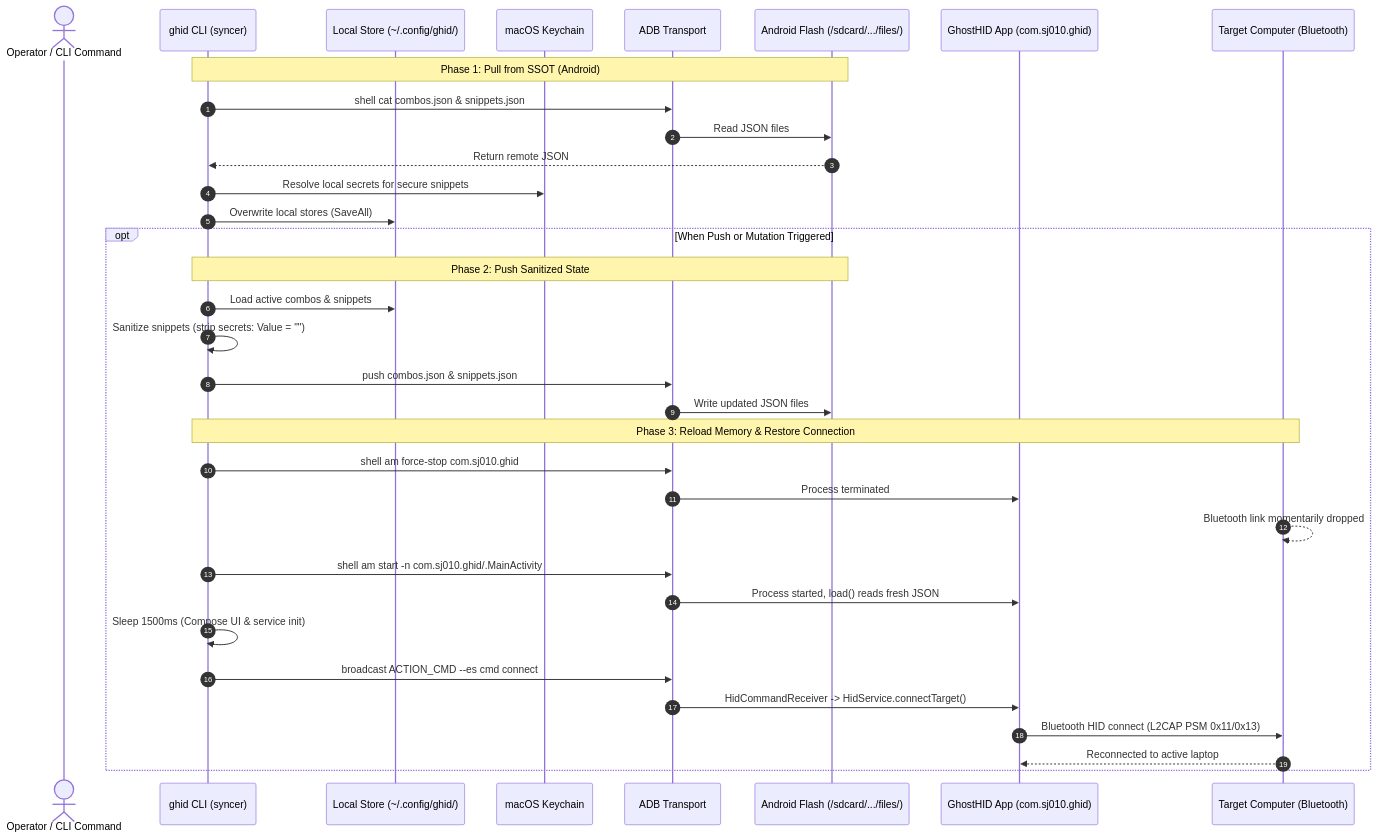
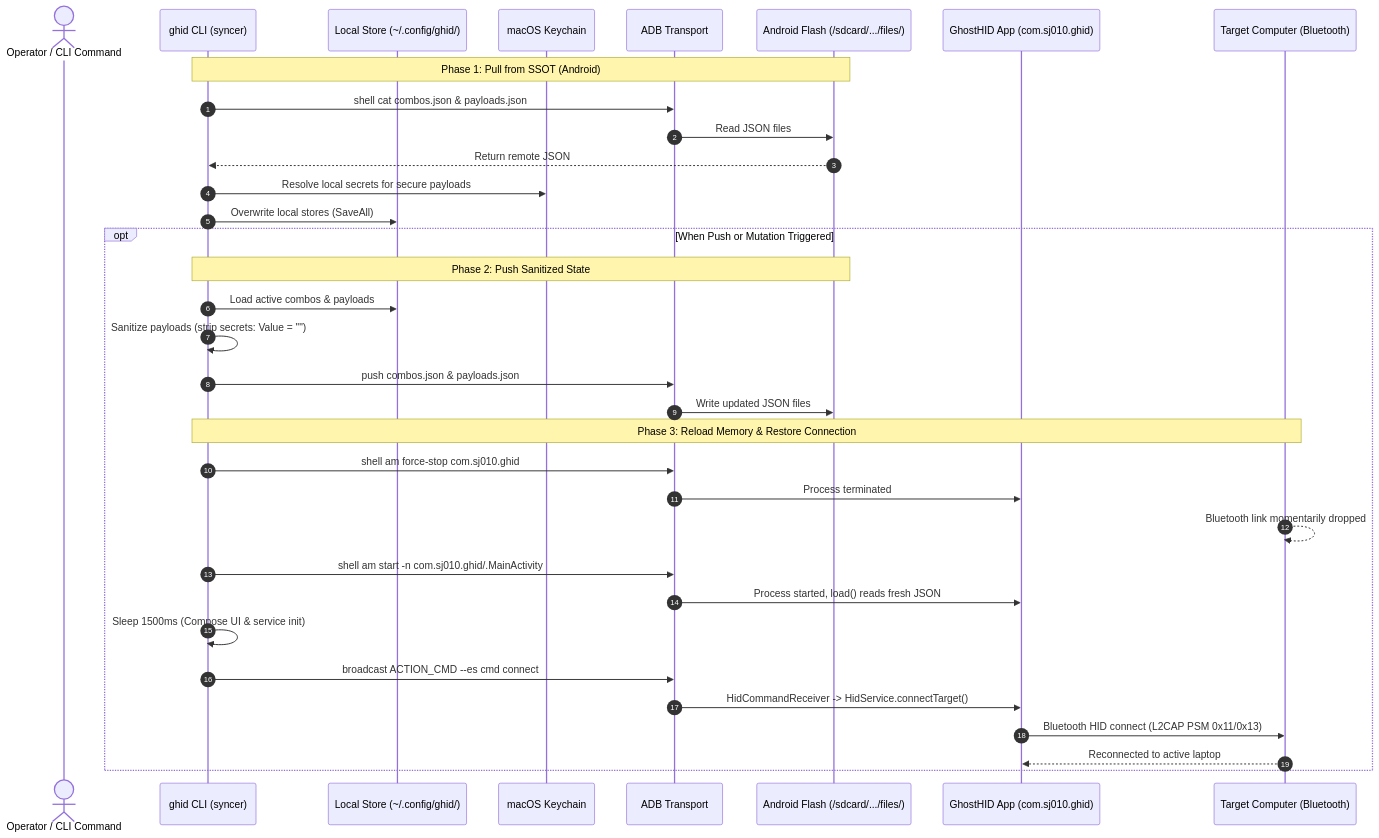
Before and after one commit to ShubhamJ010/ghid-cli: the eighth of 8 diagrams in docs/flows.md, drawn with Mermaid. The commit also changed other lines of this file and 6 other files, not shown here.

Commit message:
docs: record ADR-015, document unified bracket sequence DSL, and payload subsystem

````diff
--- a/docs/flows.md
+++ b/docs/flows.md
@@ -365,39 +365,39 @@
 ```mermaid
 sequenceDiagram
     autonumber
     actor Operator as Operator / CLI Command
     participant CLI as ghid CLI (syncer)
     participant Local as Local Store (~/.config/ghid/)
     participant Keychain as macOS Keychain
     participant ADB as ADB Transport
     participant PhoneDisk as Android Flash (/sdcard/.../files/)
     participant App as GhostHID App (com.sj010.ghid)
     participant Target as Target Computer (Bluetooth)
 
     Note over CLI,PhoneDisk: Phase 1: Pull from SSOT (Android)
-    CLI->>ADB: shell cat combos.json & snippets.json
+    CLI->>ADB: shell cat combos.json & payloads.json
     ADB->>PhoneDisk: Read JSON files
     PhoneDisk-->>CLI: Return remote JSON
-    CLI->>Keychain: Resolve local secrets for secure snippets
+    CLI->>Keychain: Resolve local secrets for secure payloads
     CLI->>Local: Overwrite local stores (SaveAll)
 
     opt When Push or Mutation Triggered
         Note over CLI,PhoneDisk: Phase 2: Push Sanitized State
-        CLI->>Local: Load active combos & snippets
-        CLI->>CLI: Sanitize snippets (strip secrets: Value = "")
-        CLI->>ADB: push combos.json & snippets.json
+        CLI->>Local: Load active combos & payloads
+        CLI->>CLI: Sanitize payloads (strip secrets: Value = "")
+        CLI->>ADB: push combos.json & payloads.json
         ADB->>PhoneDisk: Write updated JSON files
 
         Note over CLI,Target: Phase 3: Reload Memory & Restore Connection
         CLI->>ADB: shell am force-stop com.sj010.ghid
         ADB->>App: Process terminated
         Target-->>Target: Bluetooth link momentarily dropped
         CLI->>ADB: shell am start -n com.sj010.ghid/.MainActivity
         ADB->>App: Process started, load() reads fresh JSON
         CLI->>CLI: Sleep 1500ms (Compose UI & service init)
         CLI->>ADB: broadcast ACTION_CMD --es cmd connect
         ADB->>App: HidCommandReceiver -> HidService.connectTarget()
         App->>Target: Bluetooth HID connect (L2CAP PSM 0x11/0x13)
         Target-->>App: Reconnected to active laptop
     end
 ```
````
